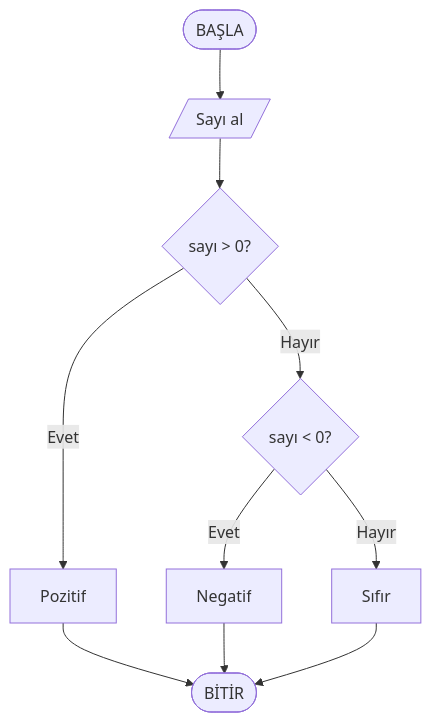
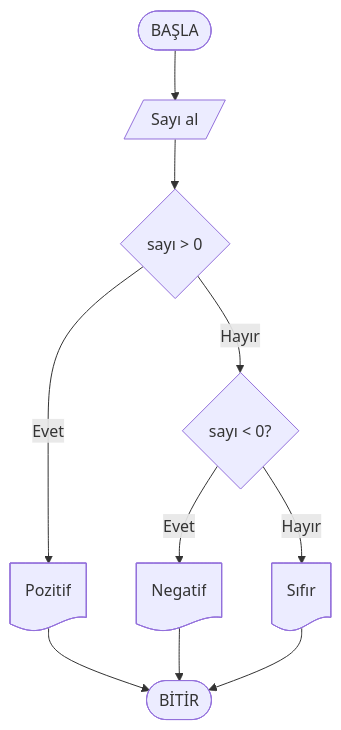
One commit to ibrahimayaz/Algoritma-ve-Programlamaya-Giris-2025 changed the first of 5 diagrams in Hafta03/ders_icerik.md. Above: the diagram before and after it, drawn with Mermaid. The commit also changed other lines of this file and 18 other files, not shown here.

````diff
--- a/Hafta03/ders_icerik.md
+++ b/Hafta03/ders_icerik.md
@@ -454,9 +454,9 @@
 ```mermaid
 flowchart TD
   start([BAŞLA]) --> inNum[/Sayı al/]
-  inNum --> d1{sayı > 0?}
-  d1 -- Evet --> pos[Pozitif] --> endNode([BİTİR])
+  inNum --> d1{sayı > 0}
+  d1 -- Evet --> pos@{ shape: doc, label: "Pozitif" } --> endNode([BİTİR])
   d1 -- Hayır --> d2{sayı < 0?}
-  d2 -- Evet --> neg[Negatif] --> endNode
-  d2 -- Hayır --> zero[Sıfır] --> endNode
+  d2 -- Evet --> neg@{ shape: doc, label: "Negatif" } --> endNode
+  d2 -- Hayır --> zero@{ shape: doc, label: "Sıfır" } --> endNode
 ```
````
